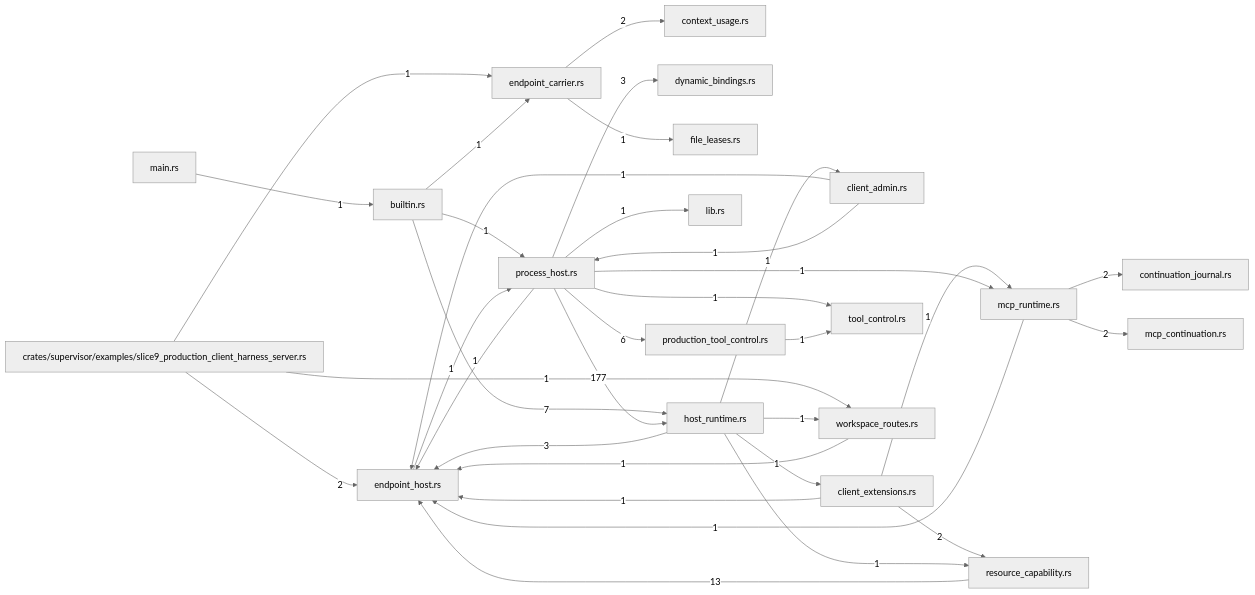
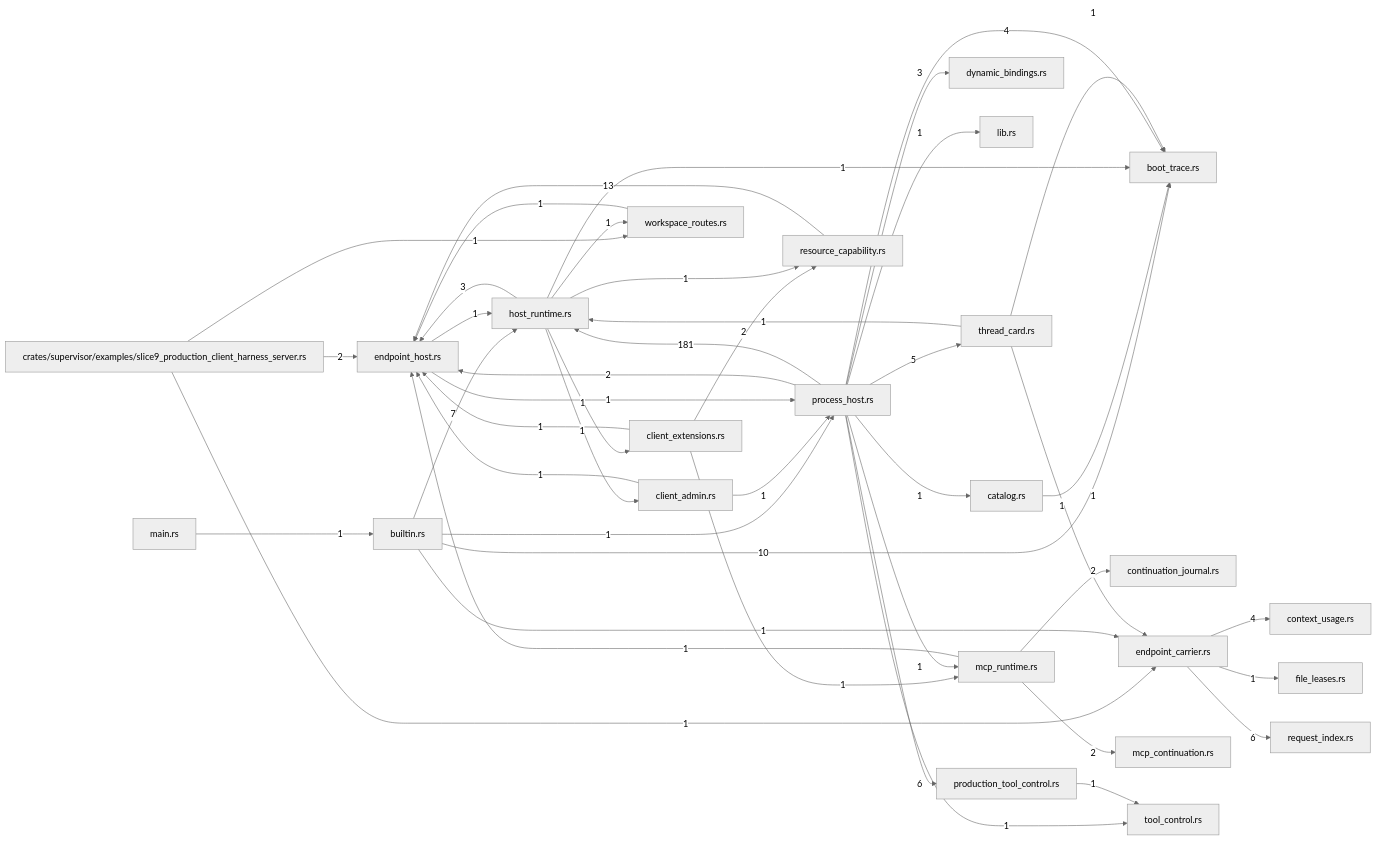
The diagram in crates/supervisor/docs/generated/index.md (TekesApps/TekesKernel), drawn with Mermaid (neutral theme) before and after one commit. The commit also changed other lines of this file and 125 other files, not shown here.

First line of the commit message:
Lazy boot: ready reads no thread (G-BOOT-1) (#41)

````diff
--- a/crates/supervisor/docs/generated/index.md
+++ b/crates/supervisor/docs/generated/index.md
@@ -91,56 +100,71 @@
 ```mermaid
 flowchart LR
   m0["crates/supervisor/examples/slice9_production_client_harness_server.rs"]
-  m1["builtin.rs"]
-  m2["client_admin.rs"]
-  m3["client_extensions.rs"]
-  m4["context_usage.rs"]
-  m5["continuation_journal.rs"]
-  m6["dynamic_bindings.rs"]
-  m7["endpoint_carrier.rs"]
-  m8["endpoint_host.rs"]
-  m9["file_leases.rs"]
-  m10["host_runtime.rs"]
-  m11["lib.rs"]
-  m12["main.rs"]
-  m13["mcp_continuation.rs"]
-  m14["mcp_runtime.rs"]
-  m15["process_host.rs"]
-  m16["production_tool_control.rs"]
-  m17["resource_capability.rs"]
-  m18["tool_control.rs"]
-  m19["workspace_routes.rs"]
-  m0 -->|"1"| m7
-  m0 -->|"2"| m8
-  m0 -->|"1"| m19
-  m1 -->|"1"| m7
-  m1 -->|"7"| m10
-  m1 -->|"1"| m15
-  m2 -->|"1"| m8
-  m2 -->|"1"| m15
-  m3 -->|"1"| m8
-  m3 -->|"1"| m14
-  m3 -->|"2"| m17
-  m7 -->|"2"| m4
-  m7 -->|"1"| m9
-  m8 -->|"1"| m15
-  m10 -->|"1"| m2
-  m10 -->|"1"| m3
-  m10 -->|"3"| m8
+  m1["boot_trace.rs"]
+  m2["builtin.rs"]
+  m3["catalog.rs"]
+  m4["client_admin.rs"]
+  m5["client_extensions.rs"]
+  m6["context_usage.rs"]
+  m7["continuation_journal.rs"]
+  m8["dynamic_bindings.rs"]
+  m9["endpoint_carrier.rs"]
+  m10["endpoint_host.rs"]
+  m11["file_leases.rs"]
+  m12["host_runtime.rs"]
+  m13["lib.rs"]
+  m14["main.rs"]
+  m15["mcp_continuation.rs"]
+  m16["mcp_runtime.rs"]
+  m17["process_host.rs"]
+  m18["production_tool_control.rs"]
+  m19["request_index.rs"]
+  m20["resource_capability.rs"]
+  m21["thread_card.rs"]
+  m22["tool_control.rs"]
+  m23["workspace_routes.rs"]
+  m0 -->|"1"| m9
+  m0 -->|"2"| m10
+  m0 -->|"1"| m23
+  m2 -->|"10"| m1
+  m2 -->|"1"| m9
+  m2 -->|"7"| m12
+  m2 -->|"1"| m17
+  m3 -->|"1"| m1
+  m4 -->|"1"| m10
+  m4 -->|"1"| m17
+  m5 -->|"1"| m10
+  m5 -->|"1"| m16
+  m5 -->|"2"| m20
+  m9 -->|"4"| m6
+  m9 -->|"1"| m11
+  m9 -->|"6"| m19
+  m10 -->|"1"| m12
   m10 -->|"1"| m17
-  m10 -->|"1"| m19
   m12 -->|"1"| m1
-  m14 -->|"2"| m5
-  m14 -->|"1"| m8
-  m14 -->|"2"| m13
-  m15 -->|"3"| m6
-  m15 -->|"1"| m8
-  m15 -->|"177"| m10
-  m15 -->|"1"| m11
-  m15 -->|"1"| m14
-  m15 -->|"6"| m16
-  m15 -->|"1"| m18
-  m16 -->|"1"| m18
-  m17 -->|"13"| m8
-  m19 -->|"1"| m8
+  m12 -->|"1"| m4
+  m12 -->|"1"| m5
+  m12 -->|"3"| m10
+  m12 -->|"1"| m20
+  m12 -->|"1"| m23
+  m14 -->|"1"| m2
+  m16 -->|"2"| m7
+  m16 -->|"1"| m10
+  m16 -->|"2"| m15
+  m17 -->|"4"| m1
+  m17 -->|"1"| m3
+  m17 -->|"3"| m8
+  m17 -->|"2"| m10
+  m17 -->|"181"| m12
+  m17 -->|"1"| m13
+  m17 -->|"1"| m16
+  m17 -->|"6"| m18
+  m17 -->|"5"| m21
+  m17 -->|"1"| m22
+  m18 -->|"1"| m22
+  m20 -->|"13"| m10
+  m21 -->|"1"| m1
+  m21 -->|"1"| m9
+  m21 -->|"1"| m12
+  m23 -->|"1"| m10
 ```
````
